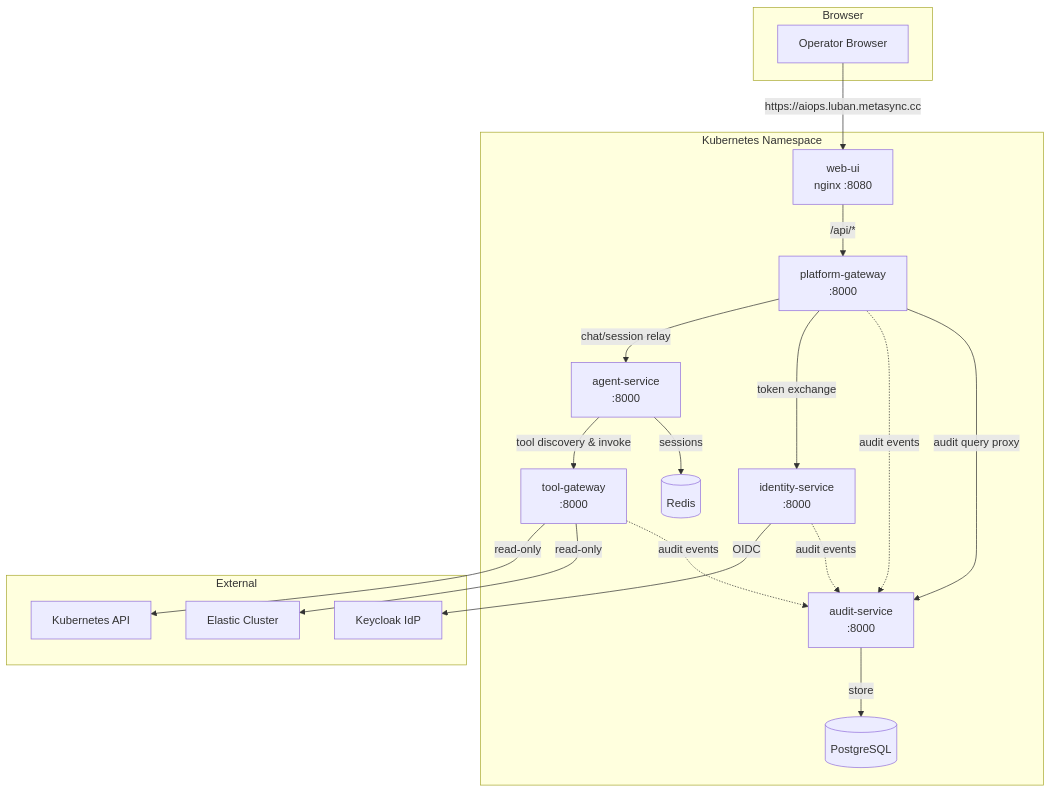
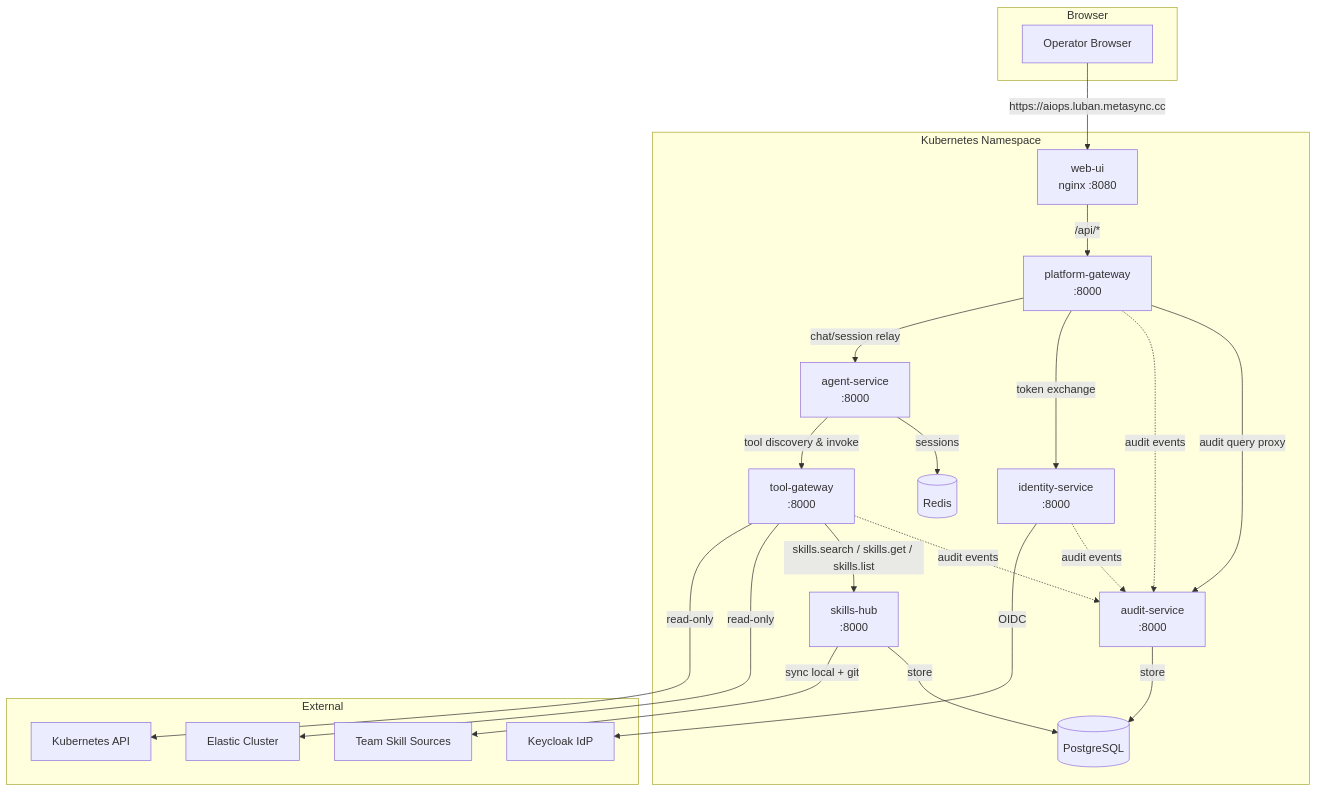
The first of 2 diagrams in docs/guides/architecture-overview.md (metasync/luban-aiops), drawn with Mermaid before and after one commit. The commit also changed other lines of this file and 97 other files, not shown here.

````diff
--- a/docs/guides/architecture-overview.md
+++ b/docs/guides/architecture-overview.md
@@ -25,38 +26,43 @@
 ```mermaid
 graph TB
     subgraph Browser
         User[Operator Browser]
     end
 
     subgraph Kubernetes Namespace
         WebUI[web-ui<br/>nginx :8080]
         PG[platform-gateway<br/>:8000]
         AS[agent-service<br/>:8000]
         TG[tool-gateway<br/>:8000]
         IB[identity-service<br/>:8000]
         Audit[audit-service<br/>:8000]
+        Skills[skills-hub<br/>:8000]
         Redis[(Redis)]
         PGDB[(PostgreSQL)]
     end
 
     subgraph External
         Keycloak[Keycloak IdP]
         K8sAPI[Kubernetes API]
         Elastic[Elastic Cluster]
+        SkillRepos[Team Skill Sources]
     end
 
     User -->|https://aiops.luban.metasync.cc| WebUI
     WebUI -->|/api/*| PG
     PG -->|chat/session relay| AS
     PG -->|token exchange| IB
     AS -->|tool discovery & invoke| TG
     TG -->|read-only| K8sAPI
     TG -->|read-only| Elastic
+    TG -->|skills.search / skills.get / skills.list| Skills
+    Skills -->|sync local + git| SkillRepos
+    Skills -->|store| PGDB
     IB -->|OIDC| Keycloak
     AS -->|sessions| Redis
     TG -.->|audit events| Audit
     PG -.->|audit events| Audit
     IB -.->|audit events| Audit
     PG -->|audit query proxy| Audit
     Audit -->|store| PGDB
 ```
````
